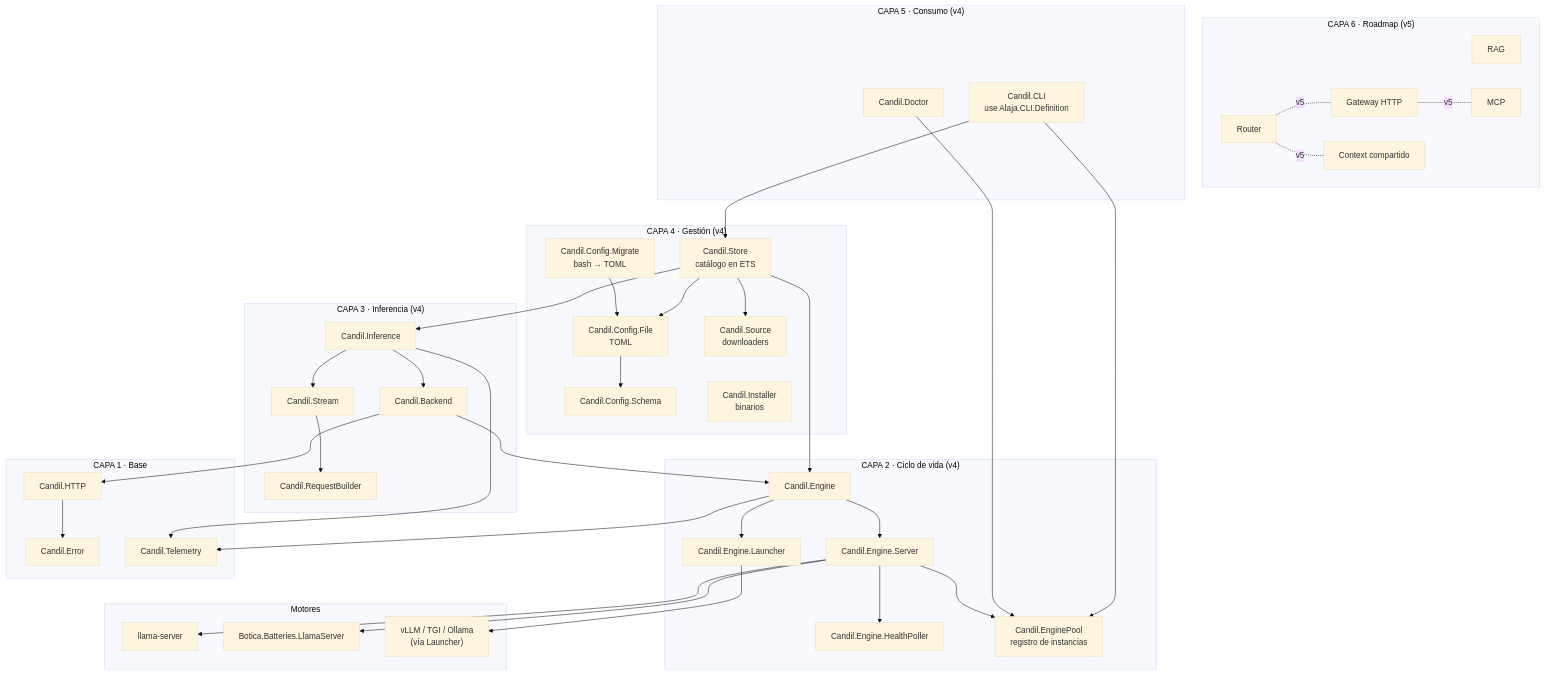
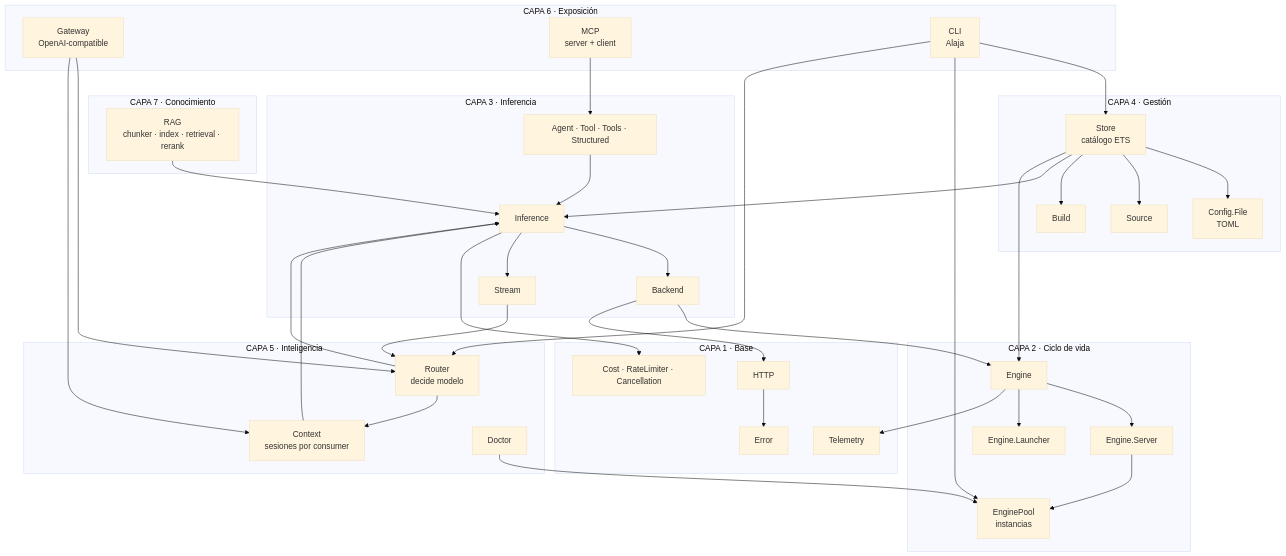
The third of 19 diagrams in proyecto 4.0/candil-4.0-final.md (Lorenzo-SF/candil), drawn with Mermaid (base theme) before and after one commit. The commit also changed other lines of this file, not shown here.

First line of the commit message:
docs(candil): regenerate the 4.0 design document as the single source of truth

````diff
--- a/proyecto 4.0/candil-4.0-final.md
+++ b/proyecto 4.0/candil-4.0-final.md
@@ -465,79 +569,75 @@
 ```mermaid
 graph TD
-    subgraph L6["CAPA 6 · Roadmap (v5)"]
-        RAG["RAG"]
-        MCP["MCP"]
-        CTX["Context compartido"]
-        GW["Gateway HTTP"]
-        RT["Router"]
+    subgraph L7["CAPA 7 · Conocimiento"]
+        RAG["RAG<br/>chunker · index · retrieval · rerank"]
     end
 
-    subgraph L5["CAPA 5 · Consumo (v4)"]
-        CLI["Candil.CLI<br/>use Alaja.CLI.Definition"]
-        DOCTOR["Candil.Doctor"]
+    subgraph L6["CAPA 6 · Exposición"]
+        GW["Gateway<br/>OpenAI-compatible"]
+        MCP["MCP<br/>server + client"]
+        CLI["CLI<br/>Alaja"]
     end
 
-    subgraph L4["CAPA 4 · Gestión (v4)"]
-        STORE["Candil.Store<br/>catálogo en ETS"]
-        CFILE["Candil.Config.File<br/>TOML"]
-        SCHEMA["Candil.Config.Schema"]
-        MIG["Candil.Config.Migrate<br/>bash → TOML"]
-        SRC["Candil.Source<br/>downloaders"]
-        INST["Candil.Installer<br/>binarios"]
+    subgraph L5["CAPA 5 · Inteligencia"]
+        RT["Router<br/>decide modelo"]
+        CTX["Context<br/>sesiones por consumer"]
+        DOCTOR["Doctor"]
     end
 
-    subgraph L3["CAPA 3 · Inferencia (v4)"]
-        INF["Candil.Inference"]
-        BE["Candil.Backend"]
-        STREAM["Candil.Stream"]
-        RB["Candil.RequestBuilder"]
+    subgraph L4["CAPA 4 · Gestión"]
+        STORE["Store<br/>catálogo ETS"]
+        CFILE["Config.File<br/>TOML"]
+        SRC["Source"]
+        BUILD["Build"]
     end
 
-    subgraph L2["CAPA 2 · Ciclo de vida (v4)"]
-        ENG["Candil.Engine"]
-        SRV["Candil.Engine.Server"]
-        LAUNCH["Candil.Engine.Launcher"]
-        HP["Candil.Engine.HealthPoller"]
-        POOL["Candil.EnginePool<br/>registro de instancias"]
+    subgraph L3["CAPA 3 · Inferencia"]
+        INF["Inference"]
+        BE["Backend"]
+        STREAM["Stream"]
+        AGENT["Agent · Tool · Tools · Structured"]
+    end
+
+    subgraph L2["CAPA 2 · Ciclo de vida"]
+        ENG["Engine"]
+        SRV["Engine.Server"]
+        LAUNCH["Engine.Launcher"]
+        POOL["EnginePool<br/>instancias"]
     end
 
     subgraph L1["CAPA 1 · Base"]
-        HTTP["Candil.HTTP"]
-        ERR["Candil.Error"]
-        TL["Candil.Telemetry"]
+        HTTP["HTTP"]
+        ERR["Error"]
+        TL["Telemetry"]
+        RUNTIME["Cost · RateLimiter · Cancellation"]
     end
 
-    subgraph EXT["Motores"]
-        LS["llama-server"]
-        BAT["Botica.Batteries.LlamaServer"]
-        EXT2["vLLM / TGI / Ollama<br/>(vía Launcher)"]
-    end
-
+    RAG --> INF
+    GW --> RT
+    GW --> CTX
+    MCP --> AGENT
     CLI --> STORE
     CLI --> POOL
+    CLI --> RT
     DOCTOR --> POOL
+    RT --> CTX
+    CTX --> INF
+    RT --> INF
+    AGENT --> INF
     STORE --> CFILE
-    CFILE --> SCHEMA
-    MIG --> CFILE
     STORE --> SRC
+    STORE --> BUILD
     STORE --> INF
     STORE --> ENG
     INF --> BE
     INF --> STREAM
-    STREAM --> RB
+    STREAM --> RT
     BE --> ENG
     ENG --> SRV
     ENG --> LAUNCH
-    SRV --> HP
     SRV --> POOL
-    SRV --> BAT
-    SRV --> LS
-    LAUNCH --> EXT2
     BE --> HTTP
     HTTP --> ERR
+    INF --> RUNTIME
     ENG --> TL
-    INF --> TL
-    RT -. v5 .- GW
-    RT -. v5 .- CTX
-    GW -. v5 .- MCP
 ```
````
